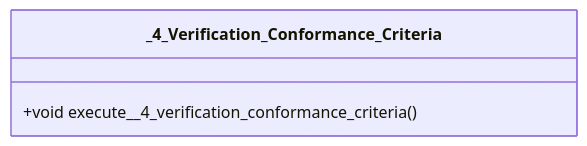
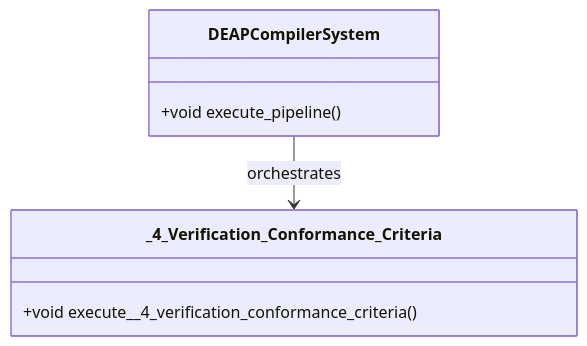
One commit to gintatkinson/dumpiler-01 changed the diagram in docs/features/FEAT-10-_4_Verification_Conformance_Criteria.md. Above: the diagram before and after it, drawn with Mermaid. The commit also changed other lines of this file and 90 other files, not shown here.

````diff
--- a/docs/features/FEAT-10-_4_Verification_Conformance_Criteria.md
+++ b/docs/features/FEAT-10-_4_Verification_Conformance_Criteria.md
@@ -25,6 +25,10 @@
 ```mermaid
 classDiagram
+    class DEAPCompilerSystem {
+        +void execute_pipeline()
+    }
     class _4_Verification_Conformance_Criteria {
         +void execute__4_verification_conformance_criteria()
     }
+    DEAPCompilerSystem --> _4_Verification_Conformance_Criteria : orchestrates
 ```
````
